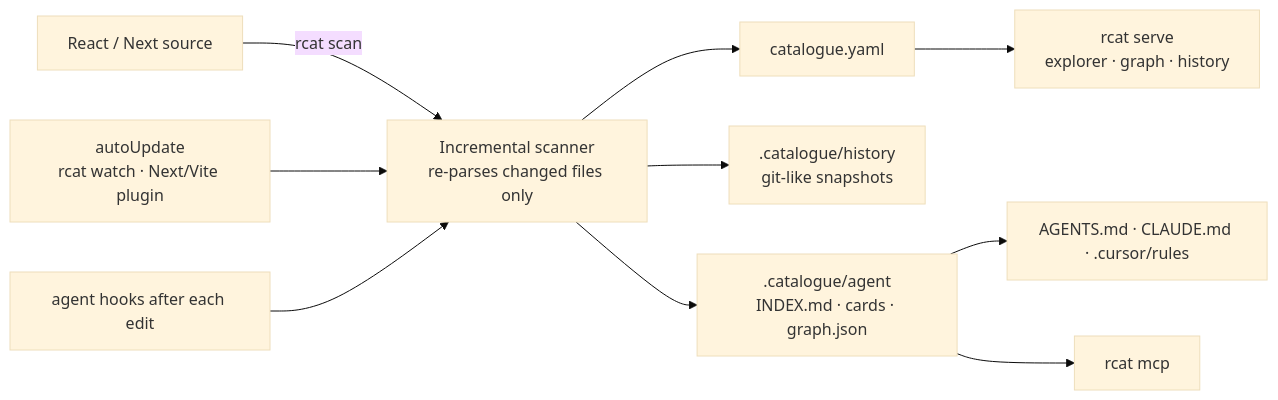
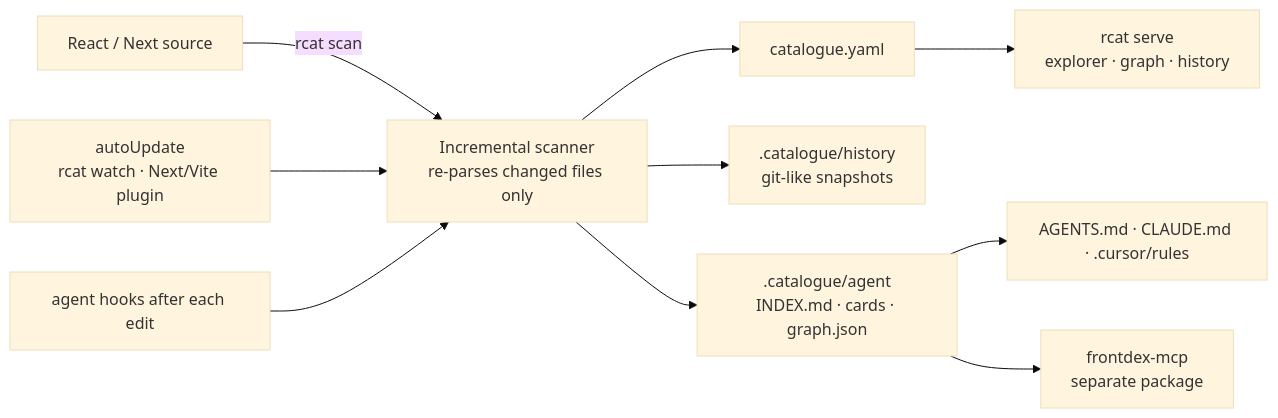
The diagram in README.md (Prathmesh2000/frontdex), drawn with Mermaid (base theme) before and after one commit. The commit also changed other lines of this file and 5 other files, not shown here.

First line of the commit message:
Move the MCP server to the frontdex-mcp repo

````diff
--- a/README.md
+++ b/README.md
@@ -10,12 +10,12 @@
 ```mermaid
 flowchart LR
   Src[React / Next source] -->|rcat scan| Scan[Incremental scanner<br/>re-parses changed files only]
   Auto["autoUpdate<br/>rcat watch · Next/Vite plugin"] --> Scan
   Scan --> Yaml[catalogue.yaml]
   Scan --> Hist[.catalogue/history<br/>git-like snapshots]
   Scan --> Agent[.catalogue/agent<br/>INDEX.md · cards · graph.json]
   Yaml --> UI[rcat serve<br/>explorer · graph · history]
   Agent --> Rules[AGENTS.md · CLAUDE.md · .cursor/rules]
-  Agent --> MCP[rcat mcp]
+  Agent --> MCP[frontdex-mcp<br/>separate package]
   Hooks[agent hooks after each edit] --> Scan
 ```
````
